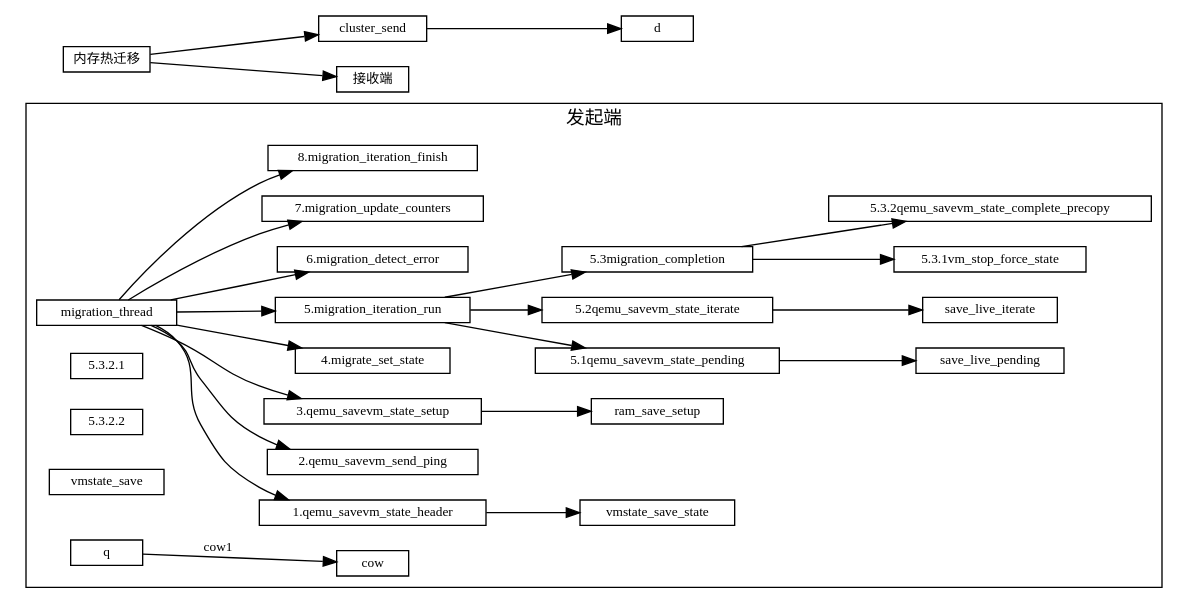
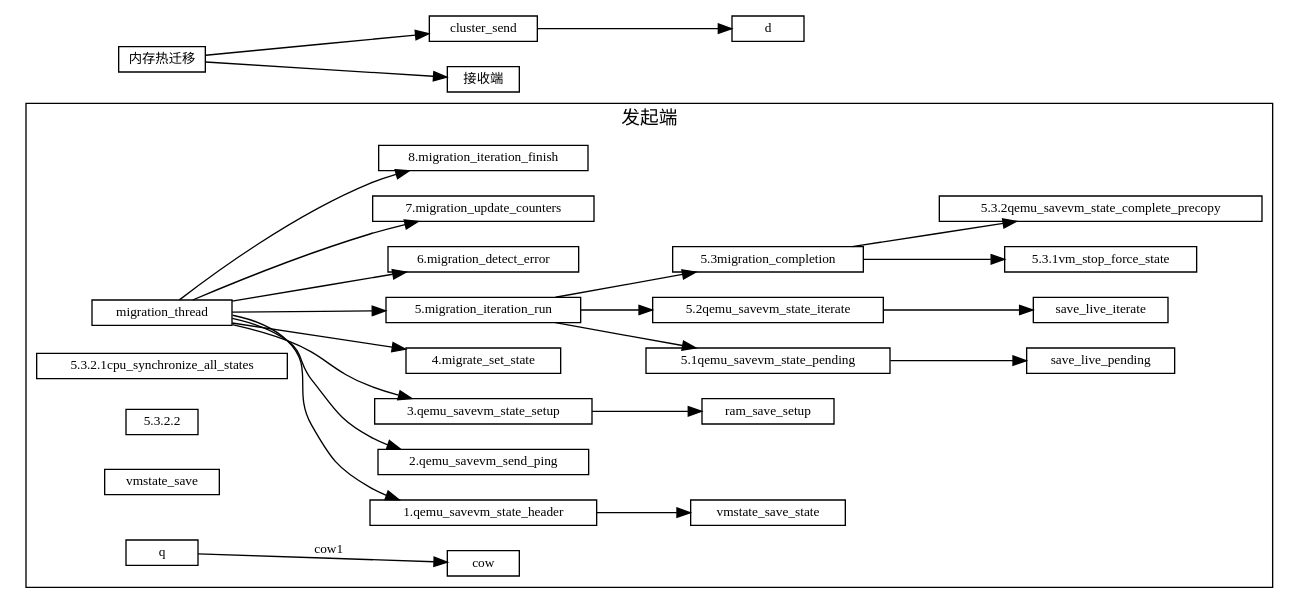
One commit to sisyphus1212/note changed the diagram in 虚拟化/热迁移/1-内存热迁移.md. Above: the diagram before and after it, drawn with Graphviz.

Commit message:
auto_update

````diff
--- a/虚拟化/热迁移/1-内存热迁移.md
+++ b/虚拟化/热迁移/1-内存热迁移.md
@@ -11,63 +11,63 @@
 ```graphviz
 digraph {
 fontname="Helvetica,Arial,sans-serif"
 //node [fontname="Helvetica,Arial,sans-serif"]
 //edge [fontname="Helvetica,Arial,sans-serif"]
 rankdir="LR"
 node [fontsize=10, shape=record, height=0.25]
 edge [fontsize=10]
   subgraph send {
     cluster=true;
     label="发起端";
     qemu_savevm_state_header[label="1.qemu_savevm_state_header"];
     qemu_savevm_send_ping[label="2.qemu_savevm_send_ping"];
     qemu_savevm_state_setup[label="3.qemu_savevm_state_setup"];
     migrate_set_state[label="4.migrate_set_state"];
     migration_iteration_run[label="5.migration_iteration_run"];
 
     migration_detect_error[label="6.migration_detect_error"];
     migration_update_counters[label="7.migration_update_counters"];
     migration_iteration_finish[label="8.migration_iteration_finish"];
 
     migration_thread -> qemu_savevm_state_header
                      -> vmstate_save_state;
     migration_thread -> qemu_savevm_send_ping;
     migration_thread -> qemu_savevm_state_setup
                      -> ram_save_setup;
     migration_thread -> migrate_set_state;
 
     qemu_savevm_state_pending[label="5.1qemu_savevm_state_pending"];
     qemu_savevm_state_iterate[label="5.2qemu_savevm_state_iterate"];
     migration_completion[label="5.3migration_completion"];
 
     vm_stop_force_state[label="5.3.1vm_stop_force_state"]
     qemu_savevm_state_complete_precopy[label="5.3.2qemu_savevm_state_complete_precopy"]
-    cpu_synchronize_all_states[label="5.3.2.1"]
+    cpu_synchronize_all_states[label="5.3.2.1cpu_synchronize_all_states"]
     save_live_complete_precopy[label="5.3.2.2"]
     vmstate_save[]
     migration_thread ->
          migration_iteration_run->qemu_savevm_state_pending
                                 ->save_live_pending;
          migration_iteration_run->qemu_savevm_state_iterate
                                 ->save_live_iterate;
          migration_iteration_run->
             migration_completion->vm_stop_force_state;
             migration_completion->qemu_savevm_state_complete_precopy;
 
 
     migration_thread -> migration_detect_error
     migration_thread -> migration_update_counters
     migration_thread -> migration_iteration_finish
 
 
 
     q -> cow[label="cow1"];
   }
 
 内存热迁移 [label="内存热迁移"]
 内存热迁移 -> cluster_send
            -> d
 
 内存热迁移 -> 接收端
 }
 ```
````
